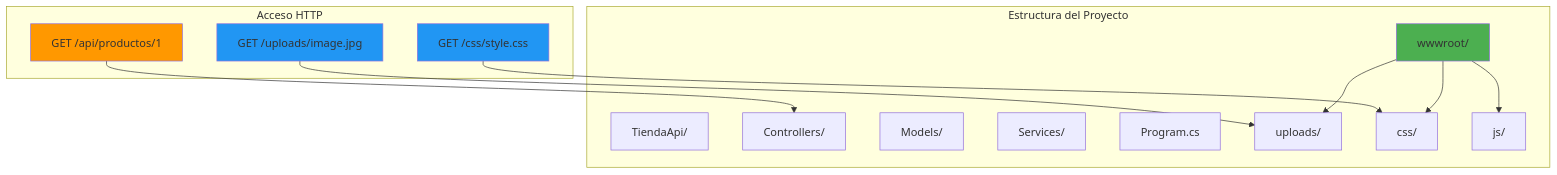
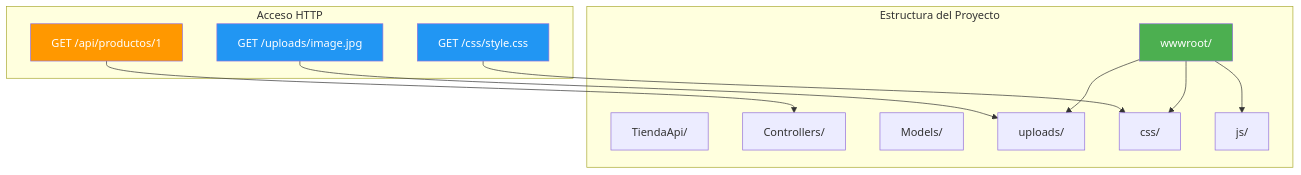
Before and after one commit to joseluisgs/DesarrolloWebEntornosServidor-02-2026-2027: the second of 3 diagrams in 20-file-storage.md, drawn with Mermaid. The commit also changed other lines of this file and 17 other files, not shown here.

````diff
--- a/20-file-storage.md
+++ b/20-file-storage.md
@@ -142,26 +163,23 @@
 ```mermaid
 graph TD
     subgraph "Estructura del Proyecto"
         A[TiendaApi/]
         B[wwwroot/]
         C[Controllers/]
         D[Models/]
-        E[Services/]
-        F[Program.cs]
-        
         B --> B1[uploads/]
         B --> B2[css/]
         B --> B3[js/]
     end
     
     subgraph "Acceso HTTP"
         G[GET /uploads/image.jpg] --> B1
         H[GET /css/style.css] --> B2
         I[GET /api/productos/1] --> C
     end
     
-    style B fill:#4CAF50
-    style G fill:#2196F3
-    style H fill:#2196F3
-    style I fill:#FF9800
+    style B fill:#4CAF50,color:#fff
+    style G fill:#2196F3,color:#fff
+    style H fill:#2196F3,color:#fff
+    style I fill:#FF9800,color:#fff
 ```
````
